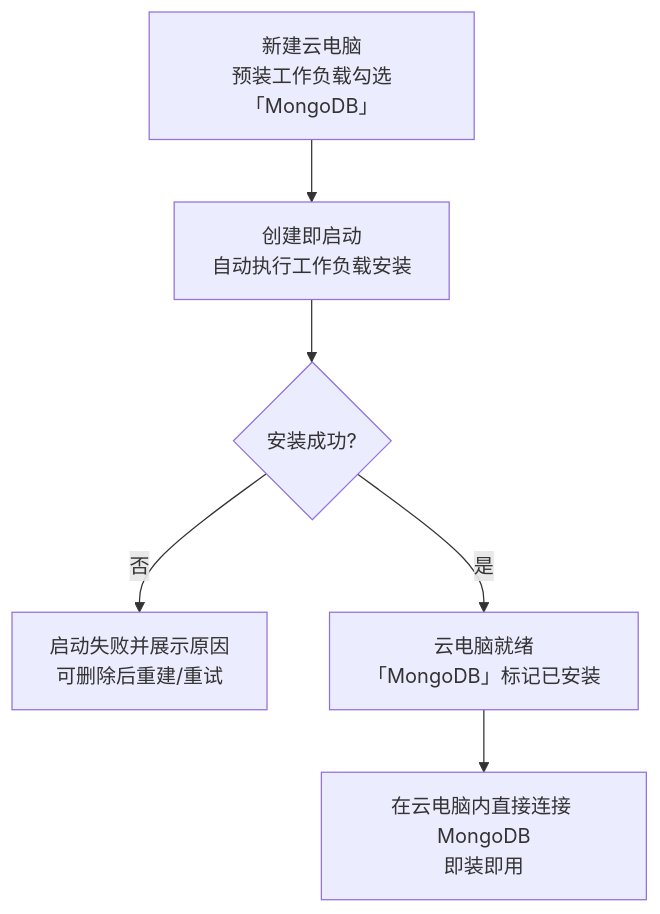
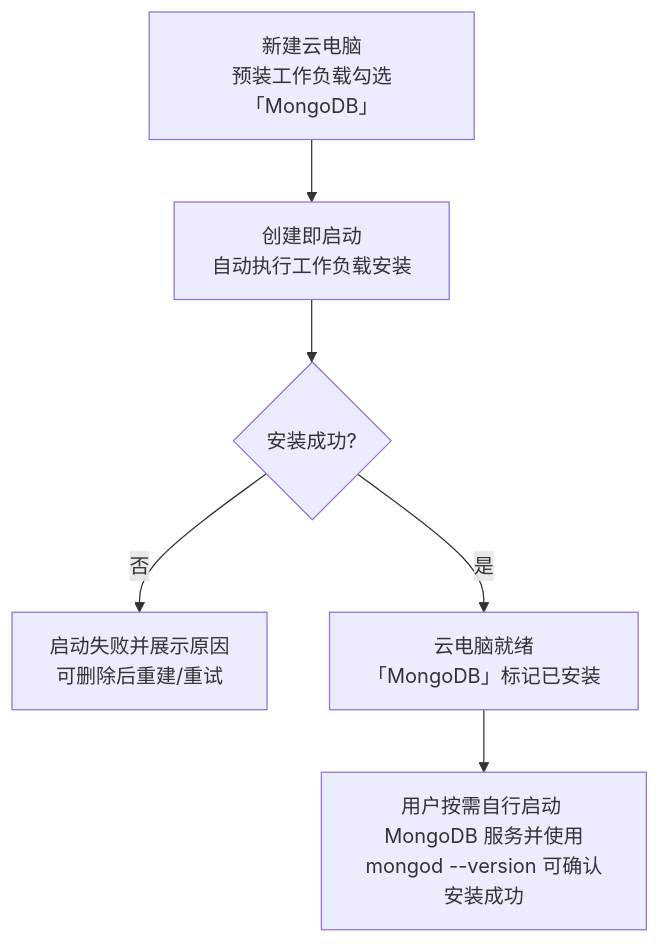
One commit to Deliay/z-agent-gear changed the first of 3 diagrams in docs/product/draft/20261028-mongodb-workload.md. Above: the diagram before and after it, drawn with Mermaid. The commit also changed other lines of this file and 3 other files, not shown here.

First line of the commit message:
docs(mongodb-workload): 返工修订——仅 mongod --version 硬校验、不拉起 mongod 实例

````diff
--- a/docs/product/draft/20261028-mongodb-workload.md
+++ b/docs/product/draft/20261028-mongodb-workload.md
@@ -124,8 +126,8 @@
 ```mermaid
 flowchart TD
     A[新建云电脑<br/>预装工作负载勾选「MongoDB」] --> B[创建即启动<br/>自动执行工作负载安装]
     B --> C{安装成功?}
     C -->|否| C1[启动失败并展示原因<br/>可删除后重建/重试]
     C -->|是| D[云电脑就绪<br/>「MongoDB」标记已安装]
-    D --> E[在云电脑内直接连接 MongoDB<br/>即装即用]
+    D --> E[用户按需自行启动 MongoDB 服务并使用<br/>mongod --version 可确认安装成功]
 ```
````
